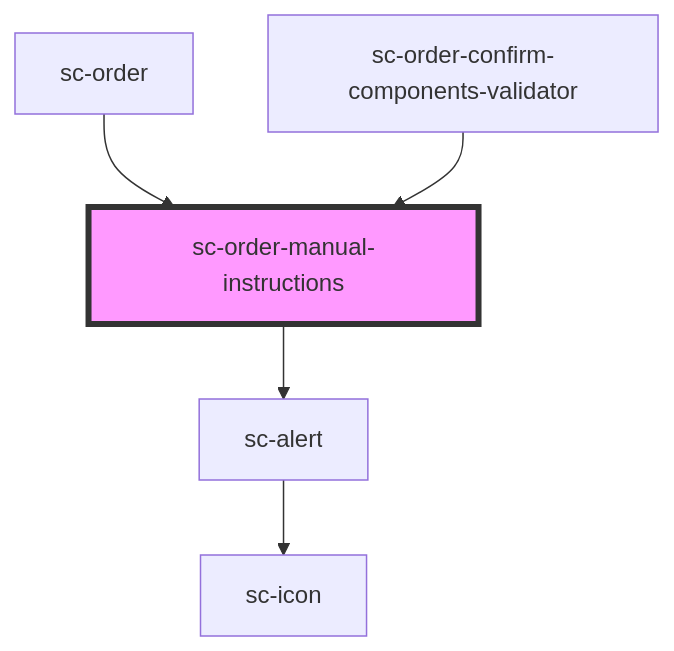
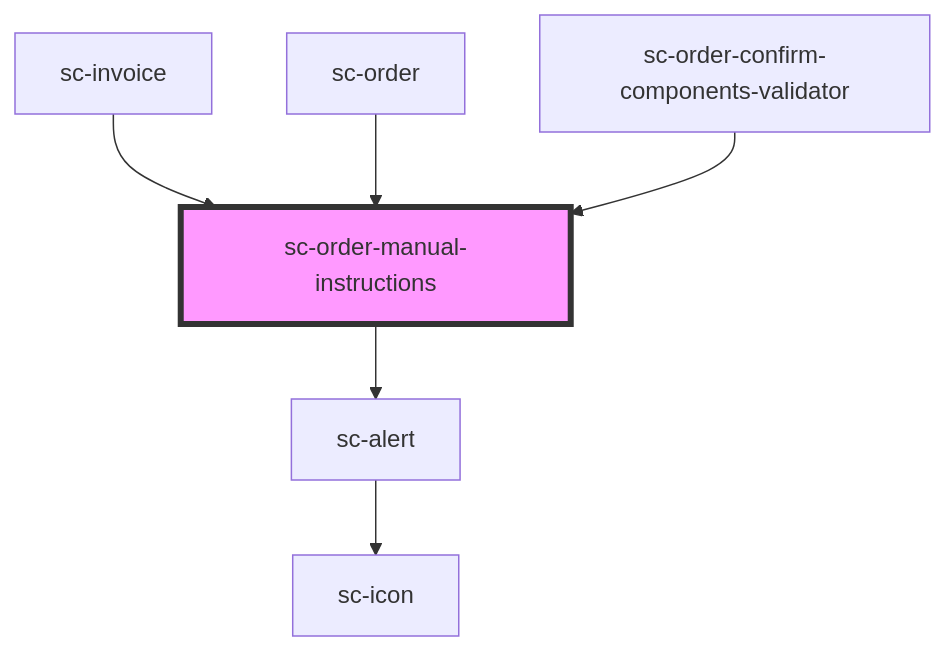
The diagram in packages/components/src/components/controllers/confirmation/manual-instructions/readme.md (surecart/surecart-wp-plugin), drawn with Mermaid before and after one commit. The commit also changed other lines of this file and 46 other files, not shown here.

````diff
--- a/packages/components/src/components/controllers/confirmation/manual-instructions/readme.md
+++ b/packages/components/src/components/controllers/confirmation/manual-instructions/readme.md
@@ -28,8 +29,9 @@
 ```mermaid
 graph TD;
   sc-order-manual-instructions --> sc-alert
   sc-alert --> sc-icon
+  sc-invoice --> sc-order-manual-instructions
   sc-order --> sc-order-manual-instructions
   sc-order-confirm-components-validator --> sc-order-manual-instructions
   style sc-order-manual-instructions fill:#f9f,stroke:#333,stroke-width:4px
 ```
````
